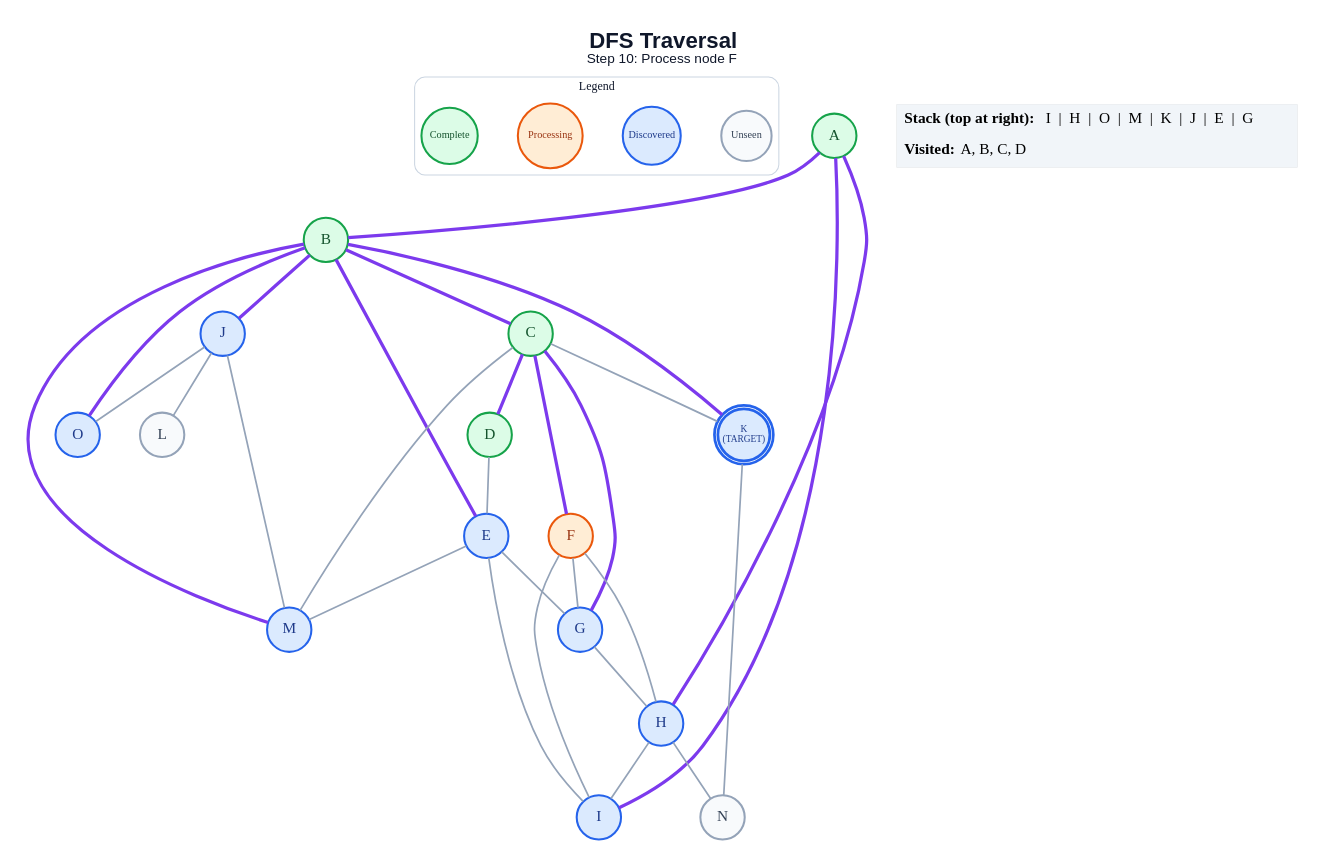
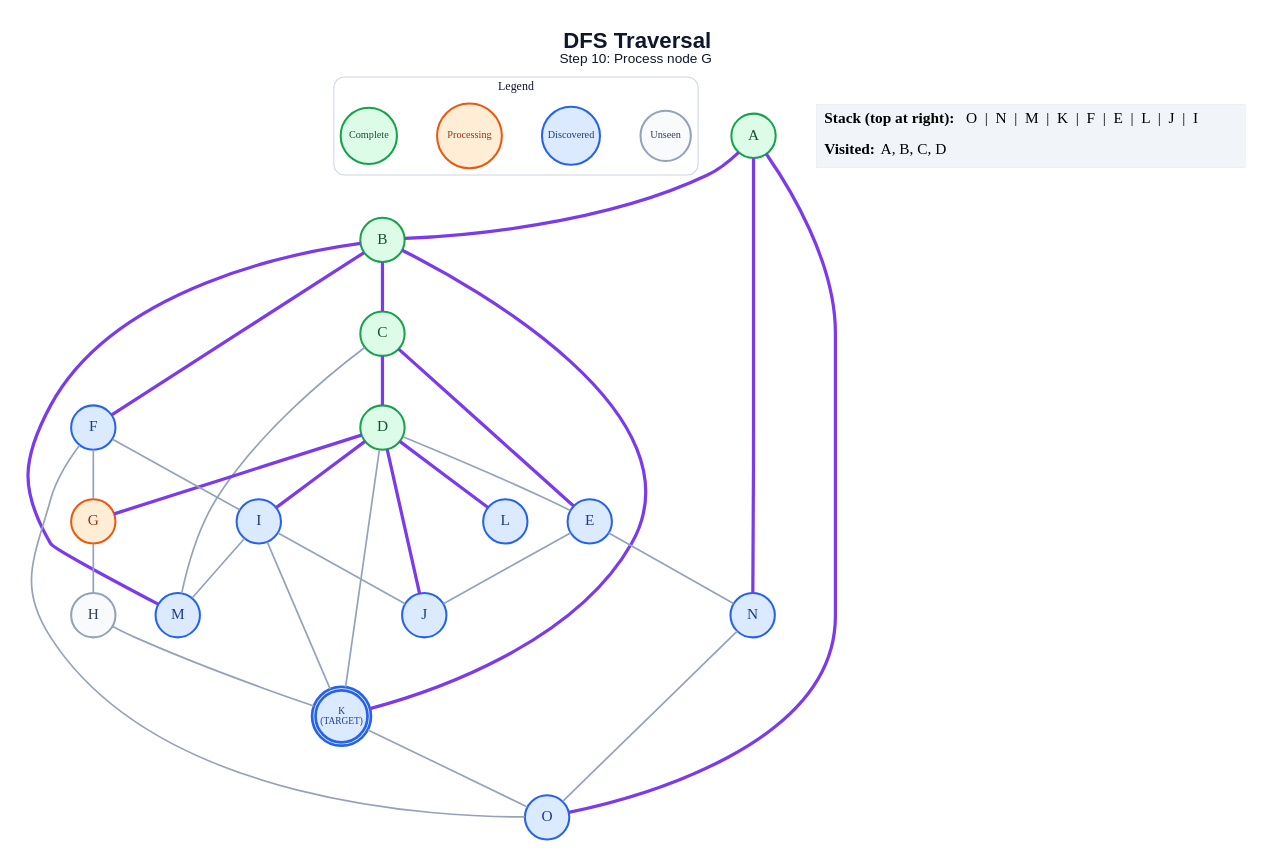
The diagram in generated/specific-node/dfs/step_10.dot (anon7238593-create/ai-slop), drawn with Graphviz before and after one commit. The commit also changed 213 other files, not shown here.

```diff
--- a/generated/specific-node/dfs/step_10.dot
+++ b/generated/specific-node/dfs/step_10.dot
@@ -1,62 +1,62 @@
 graph traversal {
   graph [layout=dot, rankdir=TB, bgcolor="#FFFFFF", pad="0.35", nodesep="0.65", ranksep="0.8", fontname="Arial"];
   node [shape=circle, style="filled", fontname="Arial Bold", fontsize=18, width=0.72, fixedsize=true, penwidth=2.4];
   edge [color="#94A3B8", penwidth=2.0];
-  label=<<B>DFS Traversal</B><BR/><FONT POINT-SIZE="16">Step 10: Process node F</FONT>>; labelloc="t"; fontsize=26; fontname="Arial"; fontcolor="#0F172A";
+  label=<<B>DFS Traversal</B><BR/><FONT POINT-SIZE="16">Step 10: Process node G</FONT>>; labelloc="t"; fontsize=26; fontname="Arial"; fontcolor="#0F172A";
   subgraph cluster_legend { label="Legend"; color="#CBD5E1"; penwidth=1.2; style="rounded"; fontsize=14; fontname="Arial Bold";
     key_unseen [label="Unseen", fillcolor="#F8FAFC", color="#94A3B8", fontcolor="#334155", fontsize=12, width=0.82];
     key_frontier [label="Discovered", fillcolor="#DBEAFE", color="#2563EB", fontcolor="#1E3A8A", fontsize=12, width=0.95];
     key_current [label="Processing", fillcolor="#FFEDD5", color="#EA580C", fontcolor="#9A3412", fontsize=12, width=1.05];
     key_done [label="Complete", fillcolor="#DCFCE7", color="#16A34A", fontcolor="#14532D", fontsize=12, width=0.92];
     { rank=same; key_unseen; key_frontier; key_current; key_done; }
   }
   A [label="A", fillcolor="#DCFCE7", color="#16A34A", fontcolor="#14532D", peripheries=1, penwidth=2.4];
   B [label="B", fillcolor="#DCFCE7", color="#16A34A", fontcolor="#14532D", peripheries=1, penwidth=2.4];
   C [label="C", fillcolor="#DCFCE7", color="#16A34A", fontcolor="#14532D", peripheries=1, penwidth=2.4];
   D [label="D", fillcolor="#DCFCE7", color="#16A34A", fontcolor="#14532D", peripheries=1, penwidth=2.4];
   E [label="E", fillcolor="#DBEAFE", color="#2563EB", fontcolor="#1E3A8A", peripheries=1, penwidth=2.4];
-  F [label="F", fillcolor="#FFEDD5", color="#EA580C", fontcolor="#9A3412", peripheries=1, penwidth=2.4];
-  G [label="G", fillcolor="#DBEAFE", color="#2563EB", fontcolor="#1E3A8A", peripheries=1, penwidth=2.4];
-  H [label="H", fillcolor="#DBEAFE", color="#2563EB", fontcolor="#1E3A8A", peripheries=1, penwidth=2.4];
+  F [label="F", fillcolor="#DBEAFE", color="#2563EB", fontcolor="#1E3A8A", peripheries=1, penwidth=2.4];
+  G [label="G", fillcolor="#FFEDD5", color="#EA580C", fontcolor="#9A3412", peripheries=1, penwidth=2.4];
+  H [label="H", fillcolor="#F8FAFC", color="#94A3B8", fontcolor="#334155", peripheries=1, penwidth=2.4];
   I [label="I", fillcolor="#DBEAFE", color="#2563EB", fontcolor="#1E3A8A", peripheries=1, penwidth=2.4];
   J [label="J", fillcolor="#DBEAFE", color="#2563EB", fontcolor="#1E3A8A", peripheries=1, penwidth=2.4];
   K [label="K\n(TARGET)", fillcolor="#DBEAFE", color="#2563EB", fontcolor="#1E3A8A", peripheries=2, penwidth=3.2, fontsize=11, width=0.85, height=0.85];
-  L [label="L", fillcolor="#F8FAFC", color="#94A3B8", fontcolor="#334155", peripheries=1, penwidth=2.4];
+  L [label="L", fillcolor="#DBEAFE", color="#2563EB", fontcolor="#1E3A8A", peripheries=1, penwidth=2.4];
   M [label="M", fillcolor="#DBEAFE", color="#2563EB", fontcolor="#1E3A8A", peripheries=1, penwidth=2.4];
-  N [label="N", fillcolor="#F8FAFC", color="#94A3B8", fontcolor="#334155", peripheries=1, penwidth=2.4];
+  N [label="N", fillcolor="#DBEAFE", color="#2563EB", fontcolor="#1E3A8A", peripheries=1, penwidth=2.4];
   O [label="O", fillcolor="#DBEAFE", color="#2563EB", fontcolor="#1E3A8A", peripheries=1, penwidth=2.4];
   A -- B [color="#7C3AED", penwidth=3.8];
-  A -- H [color="#7C3AED", penwidth=3.8];
-  A -- I [color="#7C3AED", penwidth=3.8];
+  A -- N [color="#7C3AED", penwidth=3.8];
+  A -- O [color="#7C3AED", penwidth=3.8];
   B -- C [color="#7C3AED", penwidth=3.8];
-  B -- E [color="#7C3AED", penwidth=3.8];
-  B -- J [color="#7C3AED", penwidth=3.8];
+  B -- F [color="#7C3AED", penwidth=3.8];
   B -- K [color="#7C3AED", penwidth=3.8];
   B -- M [color="#7C3AED", penwidth=3.8];
-  B -- O [color="#7C3AED", penwidth=3.8];
   C -- D [color="#7C3AED", penwidth=3.8];
-  C -- F [color="#7C3AED", penwidth=3.8];
-  C -- G [color="#7C3AED", penwidth=3.8];
-  C -- K;
+  C -- E [color="#7C3AED", penwidth=3.8];
   C -- M;
   D -- E;
-  E -- G;
-  E -- I;
-  E -- M;
+  D -- G [color="#7C3AED", penwidth=3.8];
+  D -- I [color="#7C3AED", penwidth=3.8];
+  D -- J [color="#7C3AED", penwidth=3.8];
+  D -- K;
+  D -- L [color="#7C3AED", penwidth=3.8];
+  E -- J;
+  E -- N;
   F -- G;
-  F -- H;
   F -- I;
+  F -- O;
   G -- H;
-  H -- I;
-  H -- N;
-  J -- L;
-  J -- M;
-  J -- O;
-  K -- N;
+  H -- K;
+  I -- J;
+  I -- K;
+  I -- M;
+  K -- O;
+  N -- O;
   status [shape=plain, fixedsize=false, width=0, height=0, margin=0, label=<
     <TABLE BORDER="0" CELLBORDER="0" CELLPADDING="7" BGCOLOR="#F1F5F9">
-      <TR><TD ALIGN="LEFT"><B>Stack (top at right):</B> I  |  H  |  O  |  M  |  K  |  J  |  E  |  G</TD></TR>
+      <TR><TD ALIGN="LEFT"><B>Stack (top at right):</B> O  |  N  |  M  |  K  |  F  |  E  |  L  |  J  |  I</TD></TR>
       <TR><TD ALIGN="LEFT"><B>Visited:</B> A, B, C, D</TD></TR>
     </TABLE>
   >];
 }
```
